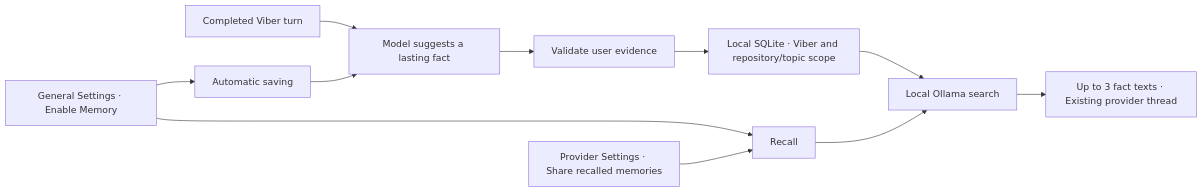
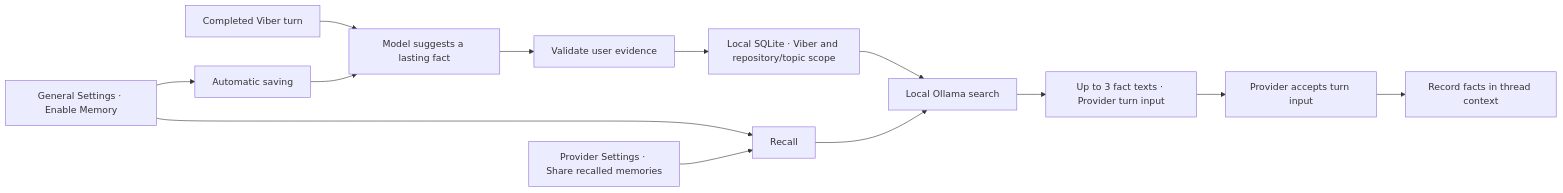
Before and after one commit to akshajrawat/akkco-vibestar: the second of 2 diagrams in FEATUREMAP.md, drawn with Mermaid. The commit also changed 13 other files, not shown here.

````diff
--- a/FEATUREMAP.md
+++ b/FEATUREMAP.md
@@ -73,11 +73,12 @@
 ```mermaid
 flowchart LR
     Viber["Completed Viber turn"] --> Suggest["Model suggests a lasting fact"]
     Settings["General Settings · Enable Memory"] --> Learn["Automatic saving"]
     Settings --> Recall["Recall"]
     Permissions["Provider Settings · Share recalled memories"] --> Recall
     Learn --> Suggest --> Evidence["Validate user evidence"]
     Evidence --> Storage["Local SQLite · Viber and repository/topic scope"]
     Storage --> Ollama["Local Ollama search"]
-    Recall --> Ollama --> Share["Up to 3 fact texts · Existing provider thread"]
+    Recall --> Ollama --> Share["Up to 3 fact texts · Provider turn input"]
+    Share --> Accept["Provider accepts turn input"] --> Record["Record facts in thread context"]
 ```
````
